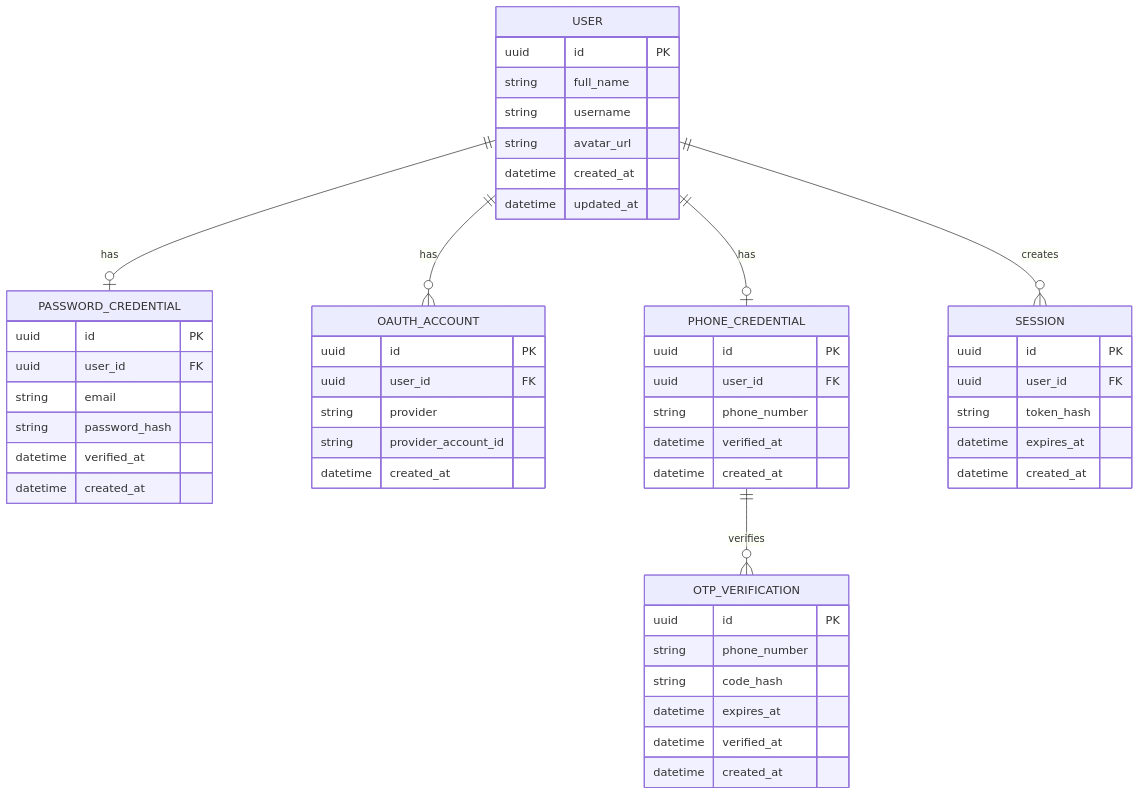
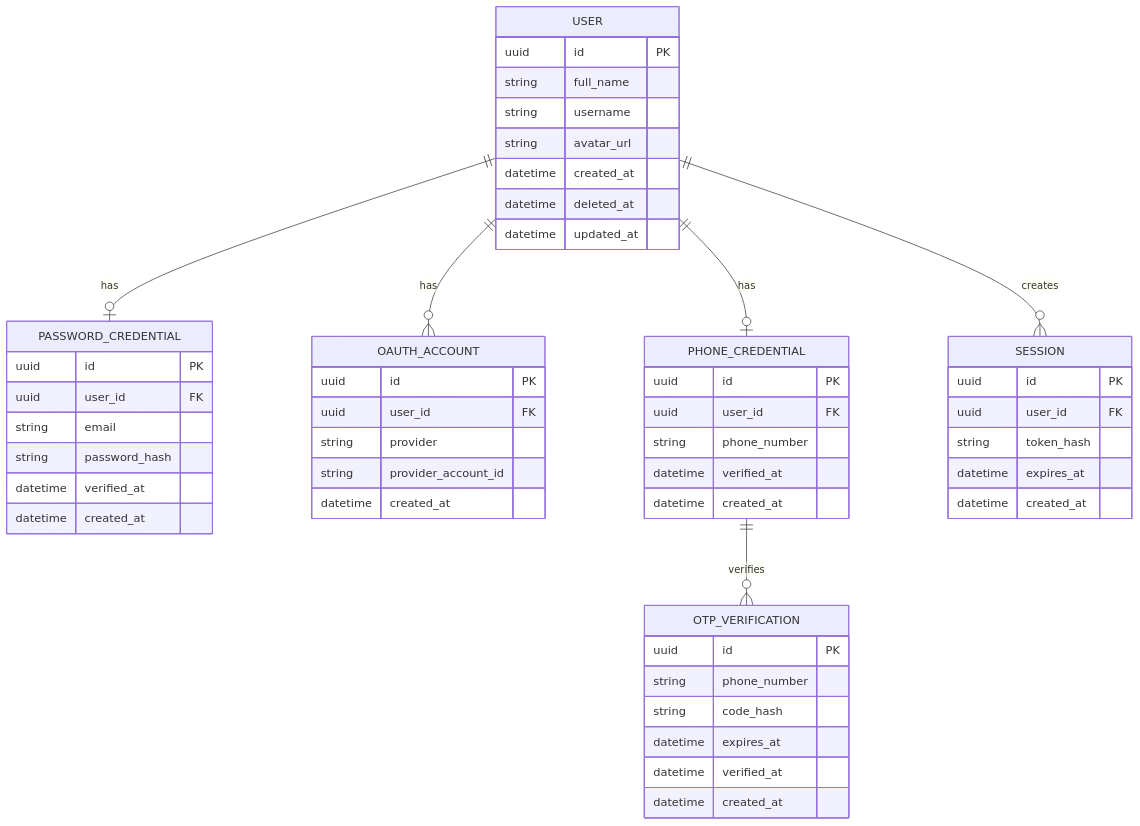
The diagram in docs/er-diagram.md (10-menachi/events), drawn with Mermaid before and after one commit. The commit also changed 1 other file, not shown here.

Commit message:
Document User Deletion Strategy

````diff
--- a/docs/er-diagram.md
+++ b/docs/er-diagram.md
@@ -3,61 +3,62 @@
 ```mermaid
 erDiagram
 
     USER {
         uuid id PK
         string full_name
         string username
         string avatar_url
         datetime created_at
+        datetime deleted_at
         datetime updated_at
     }
 
     PASSWORD_CREDENTIAL {
         uuid id PK
         uuid user_id FK
         string email
         string password_hash
         datetime verified_at
         datetime created_at
     }
 
     OAUTH_ACCOUNT {
         uuid id PK
         uuid user_id FK
         string provider
         string provider_account_id
         datetime created_at
     }
 
     PHONE_CREDENTIAL {
         uuid id PK
         uuid user_id FK
         string phone_number
         datetime verified_at
         datetime created_at
     }
 
     OTP_VERIFICATION {
         uuid id PK
         string phone_number
         string code_hash
         datetime expires_at
         datetime verified_at
         datetime created_at
     }
 
     SESSION {
         uuid id PK
         uuid user_id FK
         string token_hash
         datetime expires_at
         datetime created_at
     }
 
     USER ||--o| PASSWORD_CREDENTIAL : has
     USER ||--o{ OAUTH_ACCOUNT : has
     USER ||--o| PHONE_CREDENTIAL : has
     USER ||--o{ SESSION : creates
 
     PHONE_CREDENTIAL ||--o{ OTP_VERIFICATION : verifies
 ```
````
